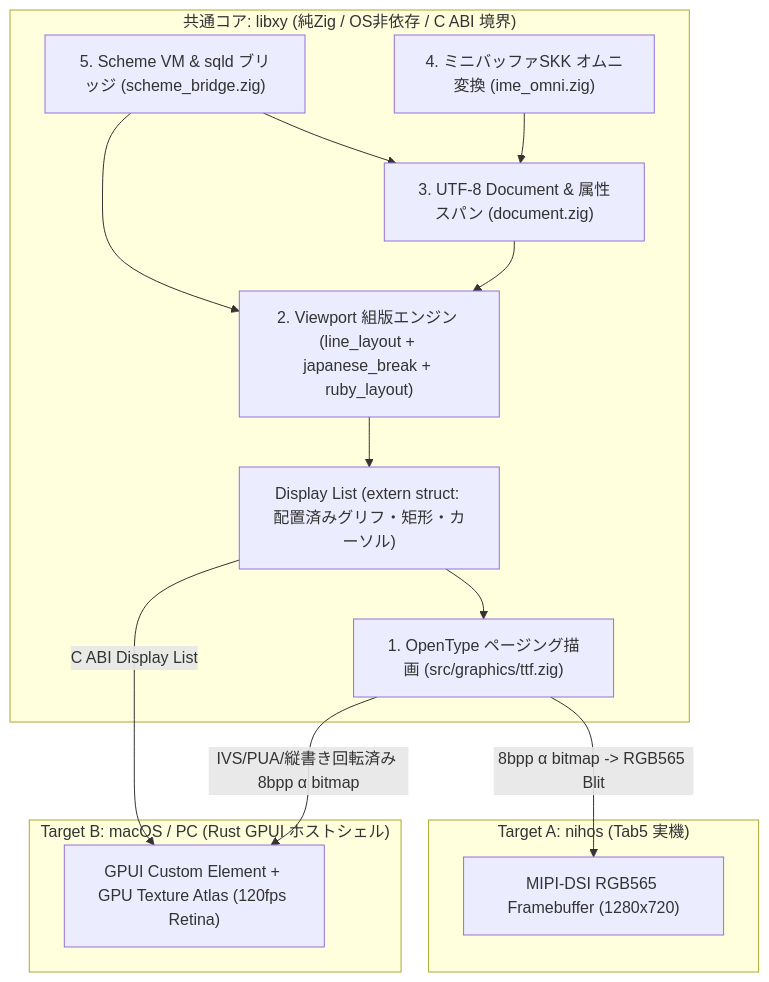
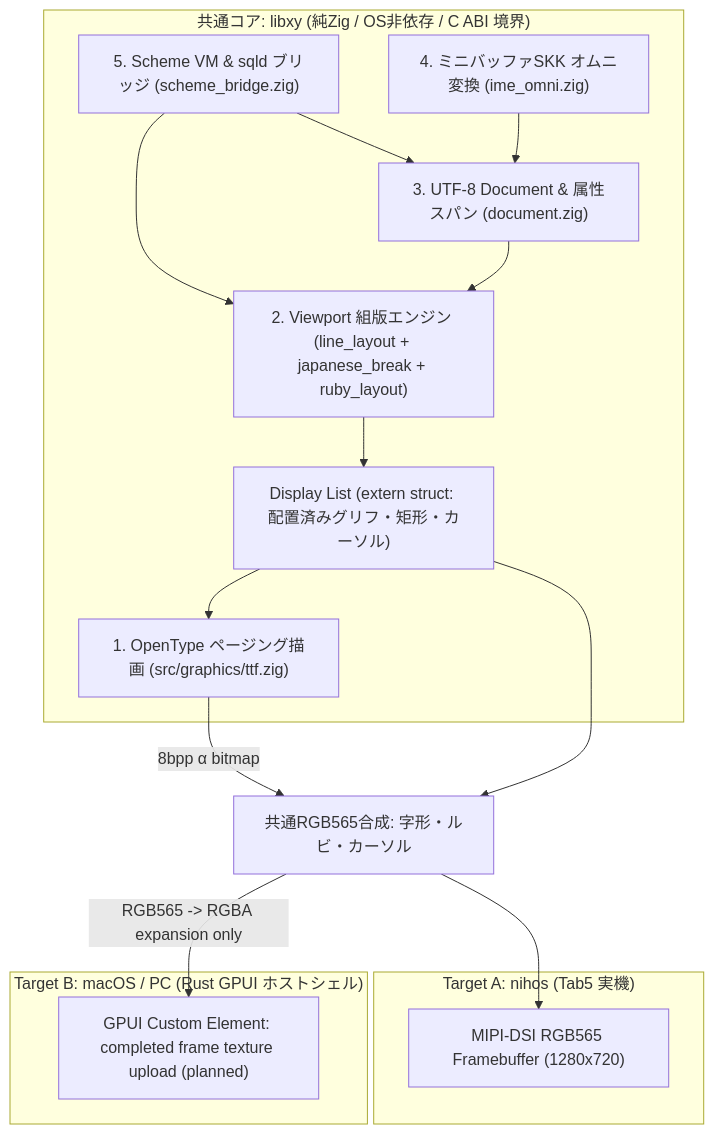
The diagram in docs/planning/xy-architecture.md (masanork/nihos), drawn with Mermaid before and after one commit. The commit also changed other lines of this file and 24 other files, not shown here.

````diff
--- a/docs/planning/xy-architecture.md
+++ b/docs/planning/xy-architecture.md
@@ -73,30 +73,32 @@
 ```mermaid
 flowchart TD
     subgraph Core["共通コア: libxy (純Zig / OS非依存 / C ABI 境界)"]
         M5["5. Scheme VM & sqld ブリッジ (scheme_bridge.zig)"]
         M4["4. ミニバッファSKK オムニ変換 (ime_omni.zig)"]
         M3["3. UTF-8 Document & 属性スパン (document.zig)"]
         M2["2. Viewport 組版エンジン (line_layout + japanese_break + ruby_layout)"]
         DL["Display List (extern struct: 配置済みグリフ・矩形・カーソル)"]
         M1["1. OpenType ページング描画 (src/graphics/ttf.zig)"]
 
         M5 --> M3
         M5 --> M2
         M4 --> M3
         M3 --> M2
         M2 --> DL
         DL --> M1
     end
 
     subgraph Tab5["Target A: nihos (Tab5 実機)"]
         FB["MIPI-DSI RGB565 Framebuffer (1280x720)"]
     end
 
     subgraph Desktop["Target B: macOS / PC (Rust GPUI ホストシェル)"]
-        GPUI["GPUI Custom Element + GPU Texture Atlas (120fps Retina)"]
+        GPUI["GPUI Custom Element: completed frame texture upload (planned)"]
     end
 
-    M1 -- "8bpp α bitmap -> RGB565 Blit" --> FB
-    DL -- "C ABI Display List" --> GPUI
-    M1 -- "IVS/PUA/縦書き回転済み 8bpp α bitmap" --> GPUI
+    RGB["共通RGB565合成: 字形・ルビ・カーソル"]
+    M1 -- "8bpp α bitmap" --> RGB
+    DL --> RGB
+    RGB --> FB
+    RGB -- "RGB565 -> RGBA expansion only" --> GPUI
 ```
````
